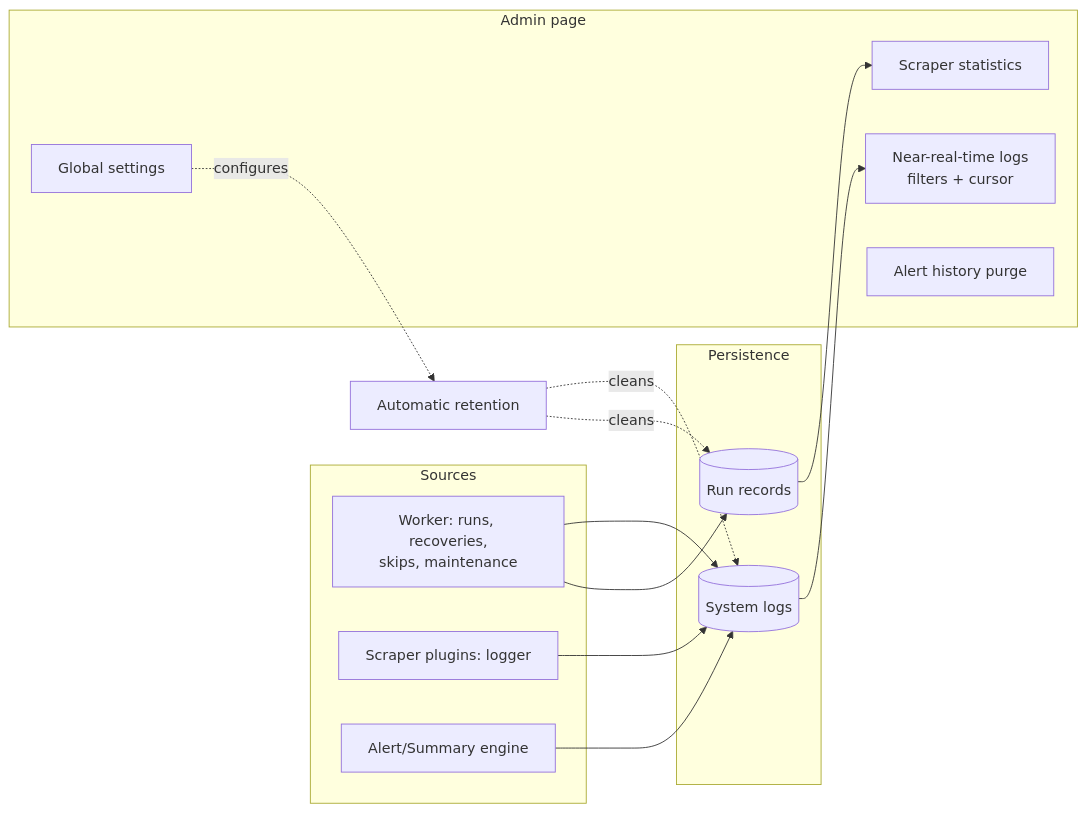
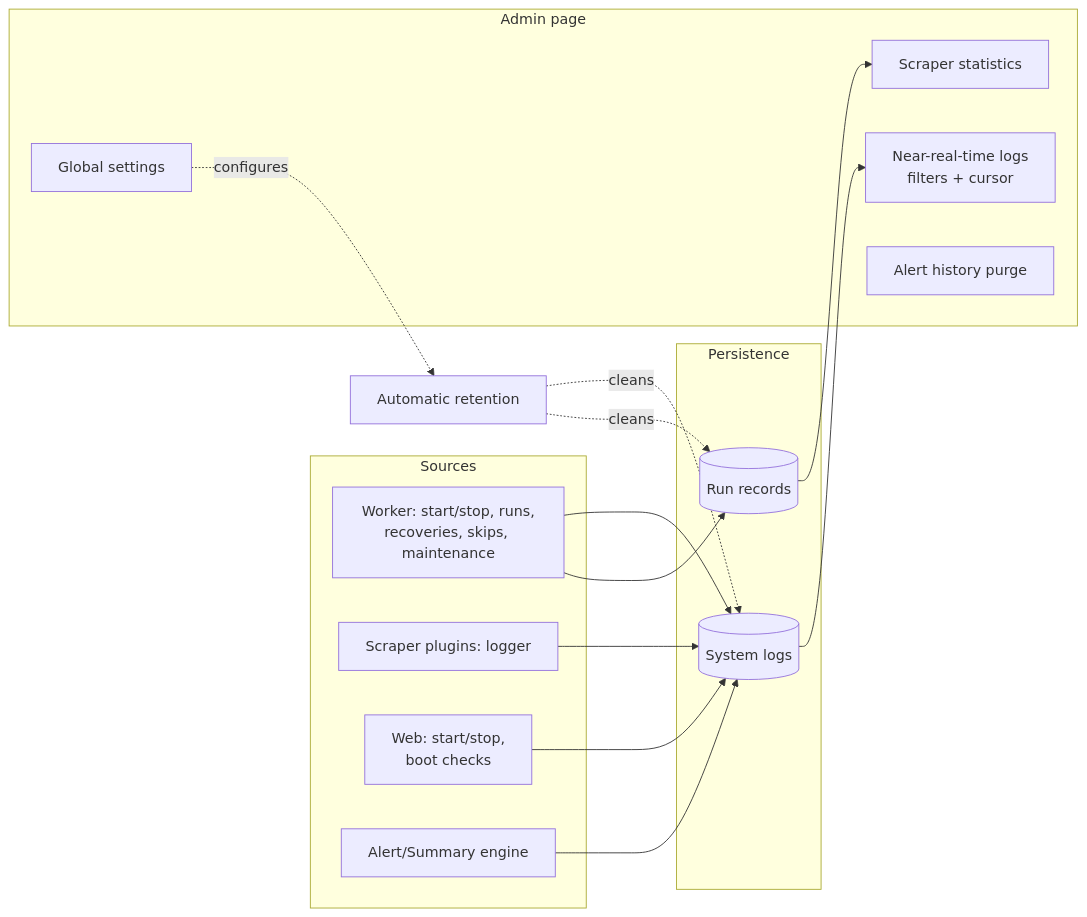
One commit to caporalesimone/watch-em-all changed the diagram in docs/3-features/admin/system-logs-and-maintenance.md. Above: the diagram before and after it, drawn with Mermaid. The commit also changed other lines of this file and 8 other files, not shown here.

````diff
--- a/docs/3-features/admin/system-logs-and-maintenance.md
+++ b/docs/3-features/admin/system-logs-and-maintenance.md
@@ -28,22 +29,23 @@
 ```mermaid
 flowchart LR
     subgraph "Sources"
-        W[Worker: runs, recoveries,<br/>skips, maintenance]
+        W[Worker: start/stop, runs,<br/>recoveries, skips, maintenance]
         S[Scraper plugins: logger]
+        WB[Web: start/stop,<br/>boot checks]
         AE[Alert/Summary engine]
     end
     subgraph "Persistence"
         SL[(System logs)]
         RUNS[(Run records)]
     end
     subgraph "Admin page"
         LIVE[Near-real-time logs<br/>filters + cursor]
         STATS[Scraper statistics]
         SET[Global settings]
         PURGE[Alert history purge]
     end
-    W & S & AE --> SL --> LIVE
+    W & S & WB & AE --> SL --> LIVE
     W --> RUNS --> STATS
     RET[Automatic retention] -.cleans.-> SL & RUNS
     SET -.configures.-> RET
 ```
````
